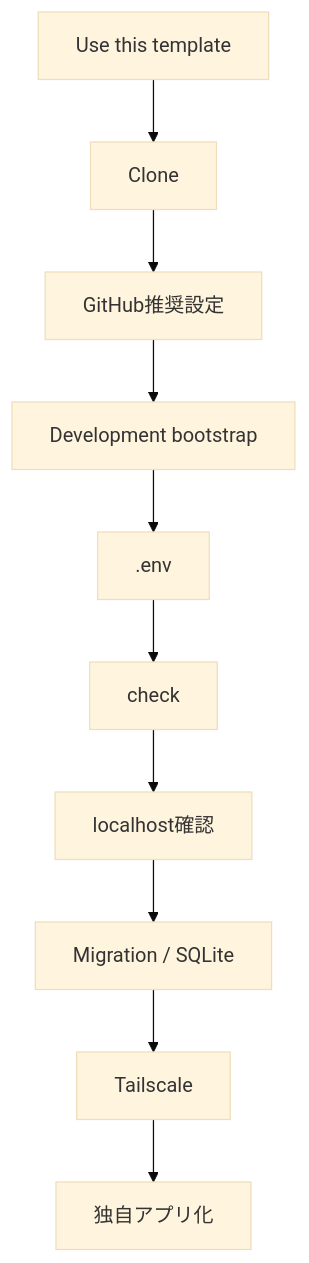
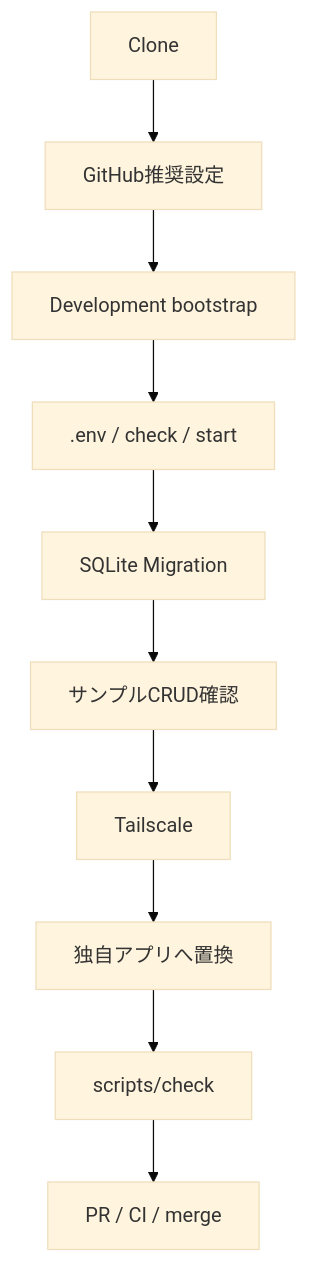
Before and after one commit to k-systems202208/python-sqlite-tailscale-webapp-template: the first of 7 diagrams in GETTING-STARTED.md, drawn with Mermaid (base theme). The commit also changed other lines of this file, not shown here.

````diff
--- a/GETTING-STARTED.md
+++ b/GETTING-STARTED.md
@@ -7,12 +9,12 @@
 ```mermaid
 flowchart TD
-    A["Use this template"] --> B["Clone"]
-    B --> C["GitHub推奨設定"]
-    C --> D["Development bootstrap"]
-    D --> E[".env"]
-    E --> Q["check"]
-    Q --> F["localhost確認"]
-    F --> G["Migration / SQLite"]
-    G --> H["Tailscale"]
-    H --> I["独自アプリ化"]
+    A["Clone"] --> B["GitHub推奨設定"]
+    B --> C["Development bootstrap"]
+    C --> D[".env / check / start"]
+    D --> E["SQLite Migration"]
+    E --> F["サンプルCRUD確認"]
+    F --> G["Tailscale"]
+    G --> H["独自アプリへ置換"]
+    H --> I["scripts/check"]
+    I --> J["PR / CI / merge"]
 ```
````
